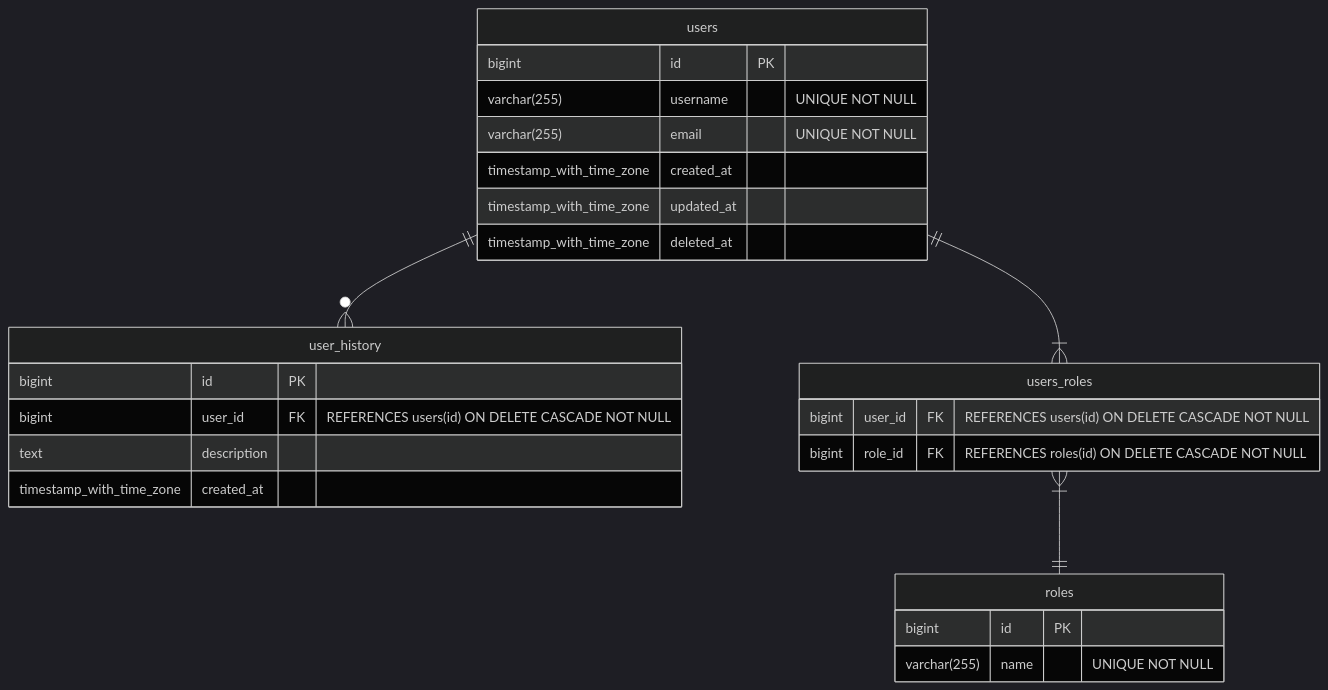
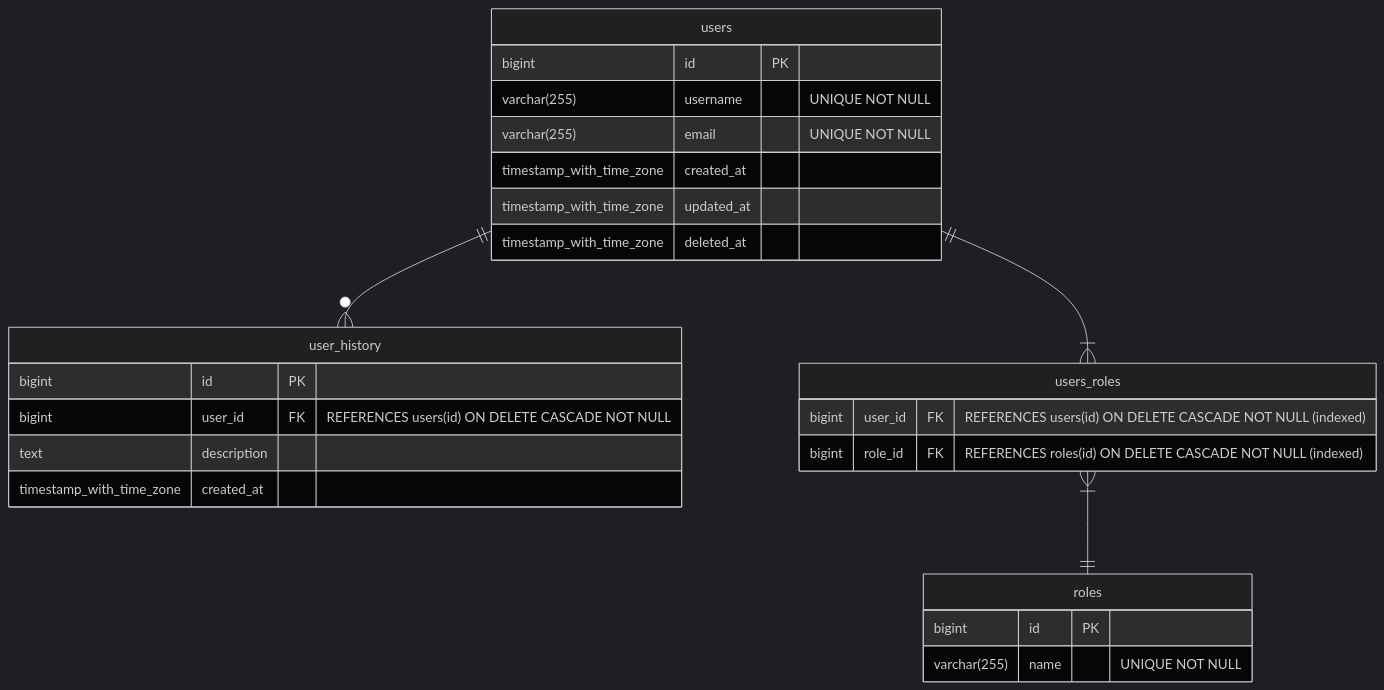
One commit to hunting-incidents/documentation changed the second of 3 diagrams in database/README.md. Above: the diagram before and after it, drawn with Mermaid (dark theme). The commit also changed other lines of this file, not shown here.

Commit message:
doc(database): update db schema

````diff
--- a/database/README.md
+++ b/database/README.md
@@ -104,34 +105,34 @@
 ```mermaid
 erDiagram
   roles {
     bigint id PK
     varchar(255) name "UNIQUE NOT NULL"
   }
 
   users {
     bigint id PK
     varchar(255) username "UNIQUE NOT NULL"
     varchar(255) email "UNIQUE NOT NULL"
     timestamp_with_time_zone created_at 
     timestamp_with_time_zone updated_at 
     timestamp_with_time_zone deleted_at 
   }
 
   user_history {
     %% history of the user. Mainly used for audit purpose
     bigint id PK
     bigint user_id FK "REFERENCES users(id) ON DELETE CASCADE NOT NULL"
     text description
     timestamp_with_time_zone created_at 
   }
 
   users_roles {
-    bigint user_id FK "REFERENCES users(id) ON DELETE CASCADE NOT NULL"
-    bigint role_id FK "REFERENCES roles(id) ON DELETE CASCADE NOT NULL"
+    bigint user_id FK "REFERENCES users(id) ON DELETE CASCADE NOT NULL (indexed)"
+    bigint role_id FK "REFERENCES roles(id) ON DELETE CASCADE NOT NULL (indexed)"
   }
 
   users ||--|{ users_roles : ""
   users_roles }|--|| roles  : ""
 
   users ||--o{ user_history  : ""
 ```
````
